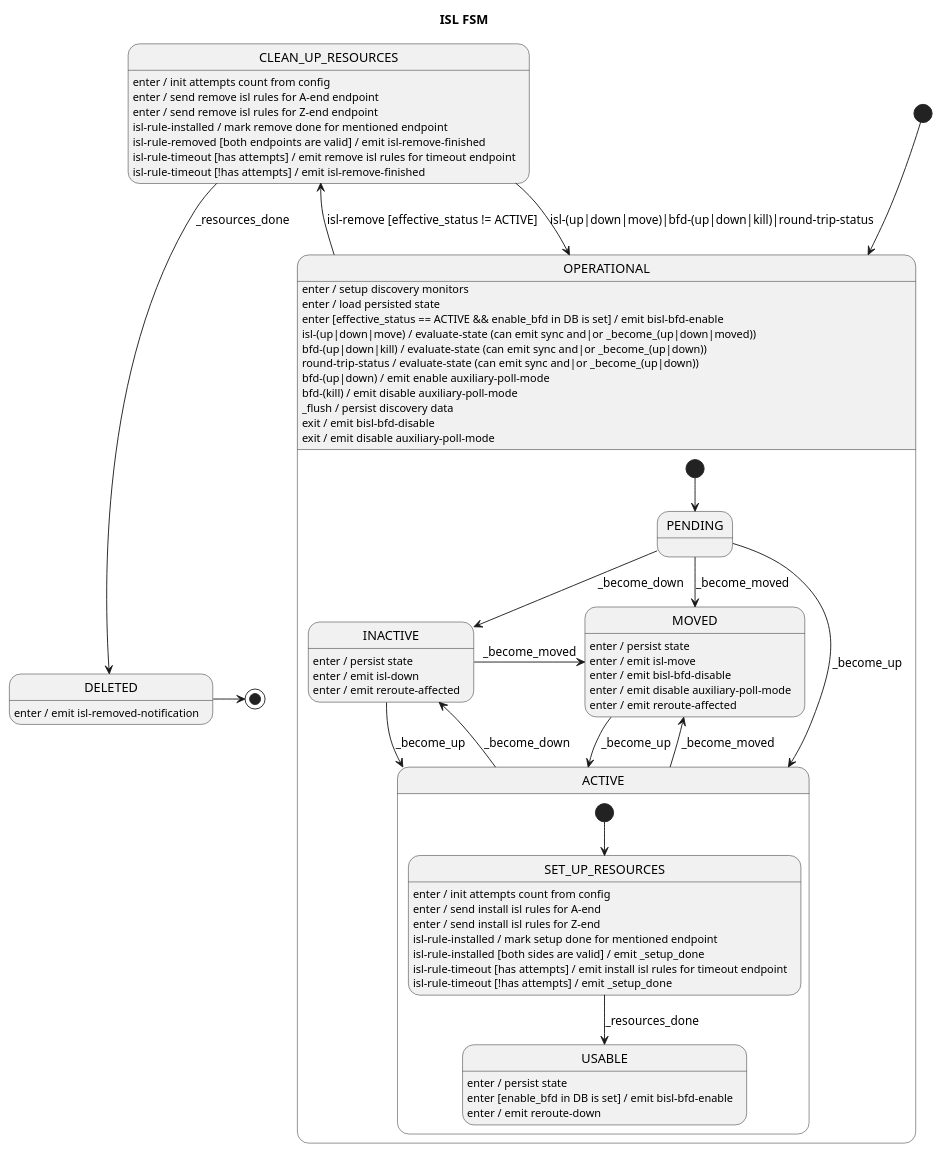
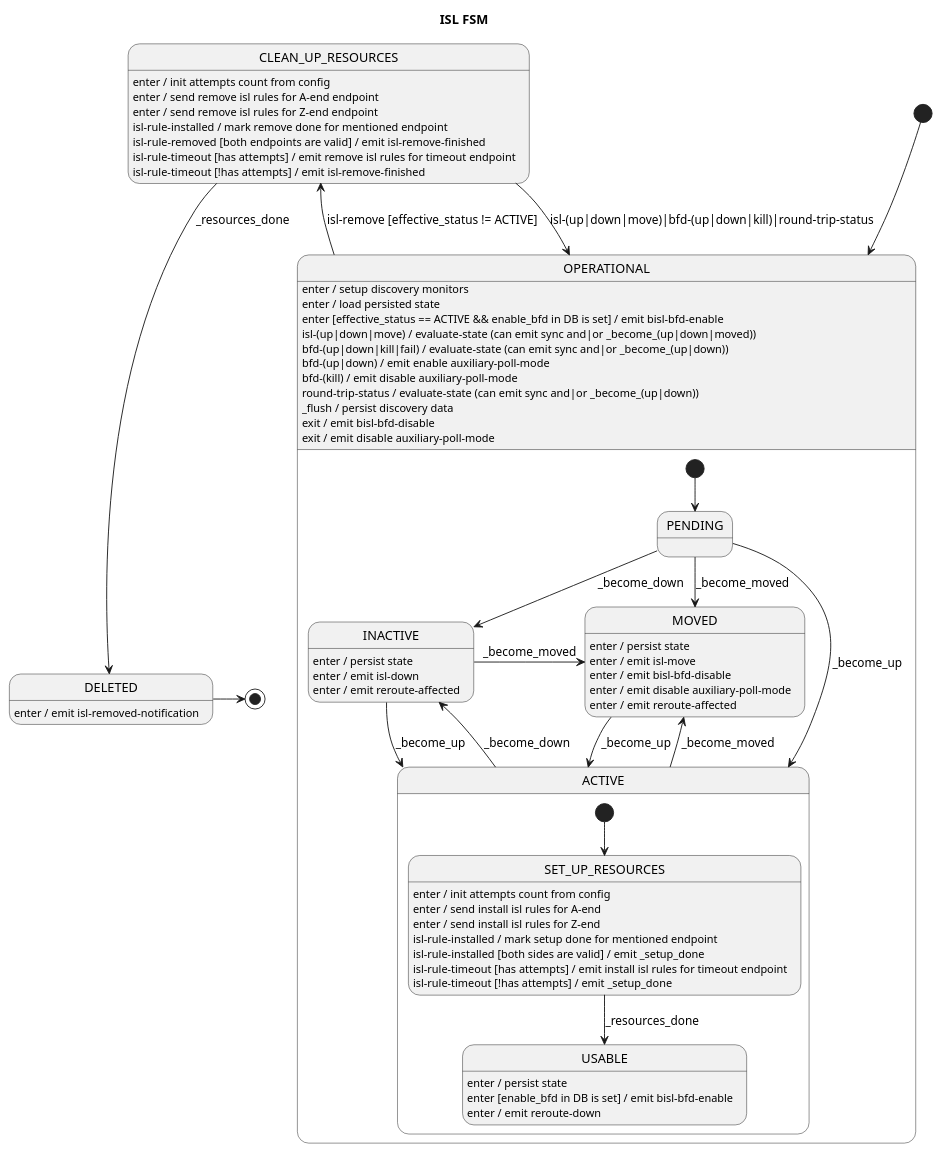
One commit to telstra/open-kilda changed the diagram in docs/design/network-discovery/ISL-FSM.puml. Above: the diagram before and after it, drawn with PlantUML. The commit also changed other lines of this file and 34 other files, not shown here.

```diff
--- a/docs/design/network-discovery/ISL-FSM.puml
+++ b/docs/design/network-discovery/ISL-FSM.puml
@@ -27,70 +29,70 @@
 @startuml
 title ISL FSM
 
 [*] --> OPERATIONAL
 
 state OPERATIONAL {
     [*] --> PENDING
 
     PENDING --> ACTIVE : _become_up
     PENDING --> INACTIVE : _become_down
     PENDING --> MOVED : _become_moved
 
     state ACTIVE {
         [*] --> SET_UP_RESOURCES
 
         SET_UP_RESOURCES --> USABLE : _resources_done
         SET_UP_RESOURCES : enter / init attempts count from config
         SET_UP_RESOURCES : enter / send install isl rules for A-end
         SET_UP_RESOURCES : enter / send install isl rules for Z-end
         SET_UP_RESOURCES : isl-rule-installed / mark setup done for mentioned endpoint
         SET_UP_RESOURCES : isl-rule-installed [both sides are valid] / emit _setup_done
         SET_UP_RESOURCES : isl-rule-timeout [has attempts] / emit install isl rules for timeout endpoint
         SET_UP_RESOURCES : isl-rule-timeout [!has attempts] / emit _setup_done
 
         USABLE : enter / persist state
         USABLE : enter [enable_bfd in DB is set] / emit bisl-bfd-enable
         USABLE : enter / emit reroute-down
     }
     ACTIVE --> INACTIVE : _become_down
     ACTIVE --> MOVED : _become_moved
 
     INACTIVE --> ACTIVE : _become_up
     INACTIVE -r-> MOVED : _become_moved
     INACTIVE : enter / persist state
     INACTIVE : enter / emit isl-down
     INACTIVE : enter / emit reroute-affected
 
     MOVED --> ACTIVE : _become_up
     MOVED : enter / persist state
     MOVED : enter / emit isl-move
     MOVED : enter / emit bisl-bfd-disable
     MOVED : enter / emit disable auxiliary-poll-mode
     MOVED : enter / emit reroute-affected
 }
 OPERATIONAL --> CLEAN_UP_RESOURCES : isl-remove [effective_status != ACTIVE]
 OPERATIONAL : enter / setup discovery monitors
 OPERATIONAL : enter / load persisted state
 OPERATIONAL : enter [effective_status == ACTIVE && enable_bfd in DB is set] / emit bisl-bfd-enable
 OPERATIONAL : isl-(up|down|move) / evaluate-state (can emit sync and|or _become_(up|down|moved))
-OPERATIONAL : bfd-(up|down|kill) / evaluate-state (can emit sync and|or _become_(up|down))
-OPERATIONAL : round-trip-status / evaluate-state (can emit sync and|or _become_(up|down))
+OPERATIONAL : bfd-(up|down|kill|fail) / evaluate-state (can emit sync and|or _become_(up|down))
 OPERATIONAL : bfd-(up|down) / emit enable auxiliary-poll-mode
 OPERATIONAL : bfd-(kill) / emit disable auxiliary-poll-mode
+OPERATIONAL : round-trip-status / evaluate-state (can emit sync and|or _become_(up|down))
 OPERATIONAL : _flush / persist discovery data
 OPERATIONAL : exit / emit bisl-bfd-disable
 OPERATIONAL : exit / emit disable auxiliary-poll-mode
 
 CLEAN_UP_RESOURCES : enter / init attempts count from config
 CLEAN_UP_RESOURCES : enter / send remove isl rules for A-end endpoint
 CLEAN_UP_RESOURCES : enter / send remove isl rules for Z-end endpoint
 CLEAN_UP_RESOURCES : isl-rule-installed / mark remove done for mentioned endpoint
 CLEAN_UP_RESOURCES : isl-rule-removed [both endpoints are valid] / emit isl-remove-finished
 CLEAN_UP_RESOURCES : isl-rule-timeout [has attempts] / emit remove isl rules for timeout endpoint
 CLEAN_UP_RESOURCES : isl-rule-timeout [!has attempts] / emit isl-remove-finished
 CLEAN_UP_RESOURCES --> DELETED : _resources_done
 CLEAN_UP_RESOURCES --> OPERATIONAL : isl-(up|down|move)|bfd-(up|down|kill)|round-trip-status
 
 DELETED -> [*]
 DELETED : enter / emit isl-removed-notification
 @enduml
```
